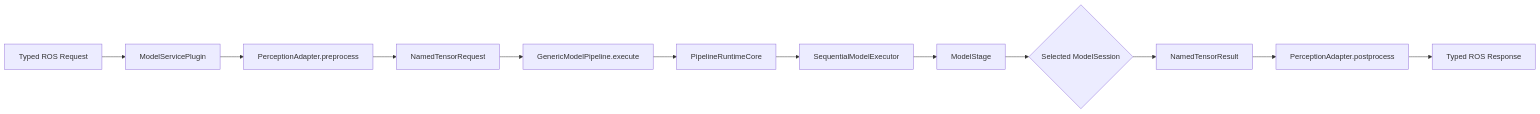
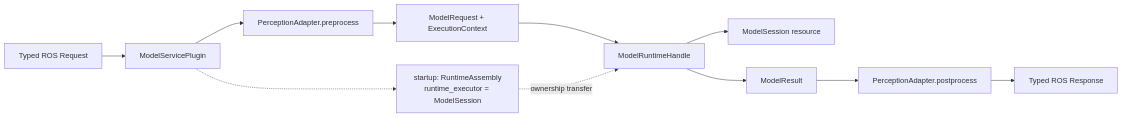
One commit to StoneStar-Aiknow/IB_Robot changed the third of 9 diagrams in docs/unify.md. Above: the diagram before and after it, drawn with Mermaid. The commit also changed other lines of this file and 204 other files, not shown here.

````diff
--- a/docs/unify.md
+++ b/docs/unify.md
@@ -257,14 +262,13 @@
 ```mermaid
 flowchart LR
-    REQUEST["Typed ROS Request"] --> PLUGIN["ModelServicePlugin"]
+    ROS_REQUEST["Typed ROS Request"] --> PLUGIN["ModelServicePlugin"]
     PLUGIN --> ADAPTER_PRE["PerceptionAdapter.preprocess"]
-    ADAPTER_PRE --> NAMED["NamedTensorRequest"]
-    NAMED --> PIPELINE["GenericModelPipeline.execute"]
-    PIPELINE --> CORE["PipelineRuntimeCore"]
-    CORE --> EXECUTOR["SequentialModelExecutor"]
-    EXECUTOR --> STAGE["ModelStage"]
-    STAGE --> SESSION{"Selected ModelSession"}
-    SESSION --> RESULT["NamedTensorResult"]
+    ADAPTER_PRE --> MODEL_REQUEST["ModelRequest + ExecutionContext"]
+    MODEL_REQUEST --> HANDLE["ModelRuntimeHandle"]
+    PLUGIN -.-> ASSEMBLY["startup: RuntimeAssembly<br/>runtime_executor = ModelSession"]
+    ASSEMBLY -.->|"ownership transfer"| HANDLE
+    HANDLE --> SESSION["ModelSession resource"]
+    HANDLE --> RESULT["ModelResult"]
     RESULT --> ADAPTER_POST["PerceptionAdapter.postprocess"]
     ADAPTER_POST --> RESPONSE["Typed ROS Response"]
 ```
````
